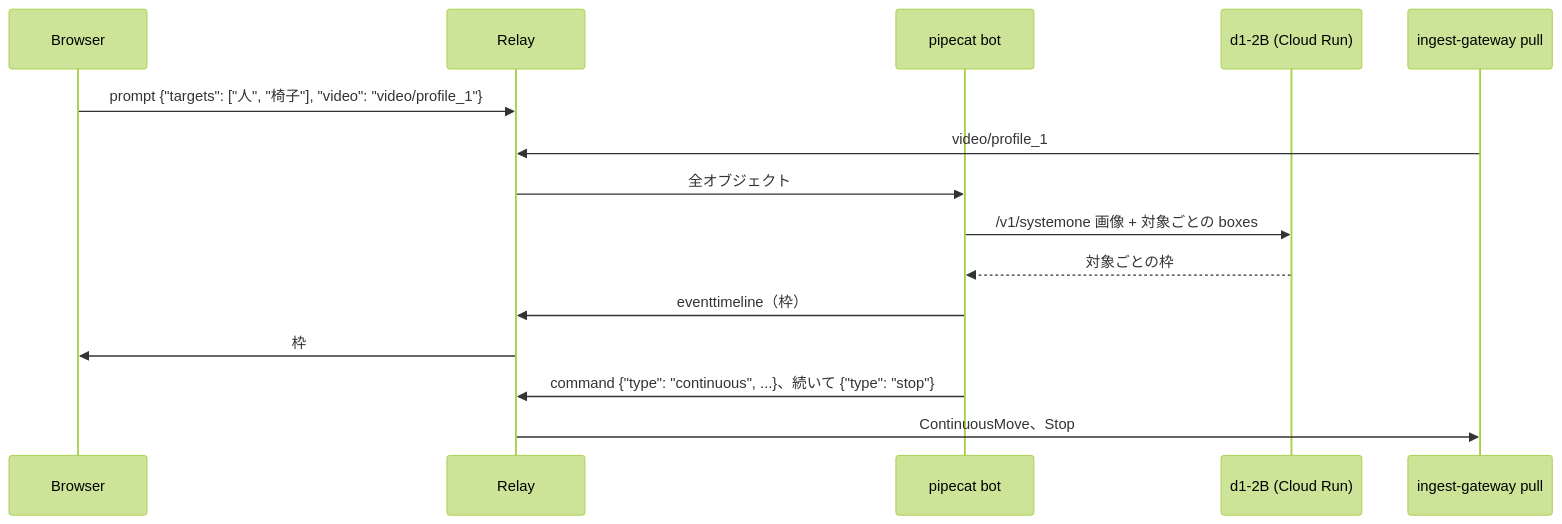
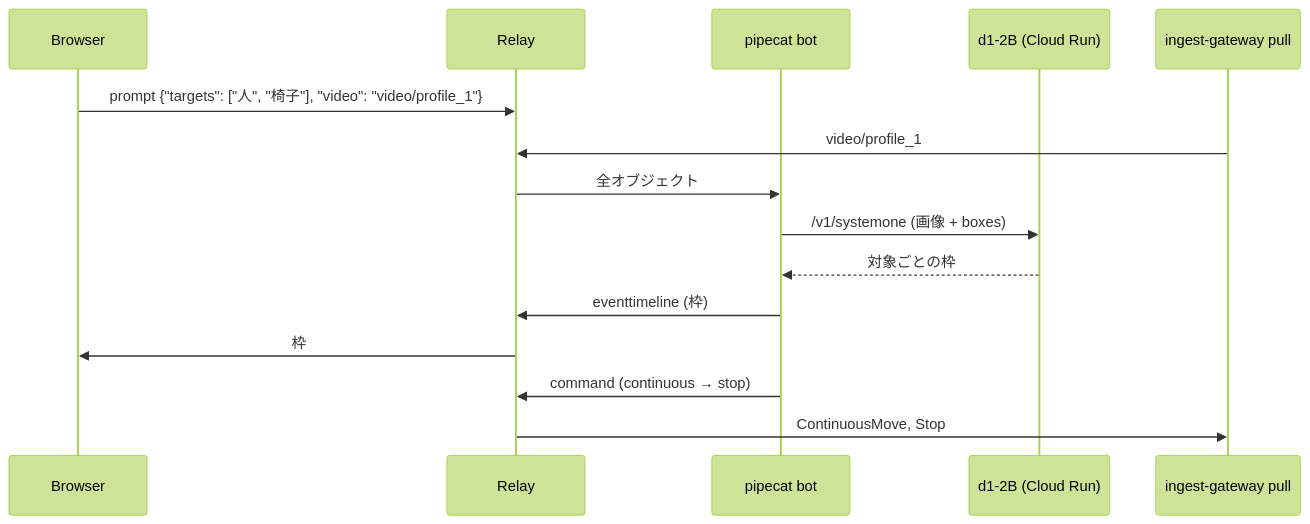
Before and after one commit to nttcom/moq-wasm: the diagram in examples/python/moq-ptz-tracking/README.md, drawn with Mermaid (forest theme). The commit also changed other lines of this file and 57 other files, not shown here.

````diff
--- a/examples/python/moq-ptz-tracking/README.md
+++ b/examples/python/moq-ptz-tracking/README.md
@@ -6,17 +5,17 @@
 ```mermaid
 sequenceDiagram
     participant B as Browser
     participant R as Relay
     participant P as pipecat bot
     participant D as d1-2B (Cloud Run)
     participant O as ingest-gateway pull
     B->>R: prompt {"targets": ["人", "椅子"], "video": "video/profile_1"}
     O->>R: video/profile_1
     R->>P: 全オブジェクト
-    P->>D: /v1/systemone 画像 + 対象ごとの boxes
+    P->>D: /v1/systemone (画像 + boxes)
     D-->>P: 対象ごとの枠
-    P->>R: eventtimeline（枠）
+    P->>R: eventtimeline (枠)
     R->>B: 枠
-    P->>R: command {"type": "continuous", ...}、続いて {"type": "stop"}
-    R->>O: ContinuousMove、Stop
+    P->>R: command (continuous → stop)
+    R->>O: ContinuousMove, Stop
 ```
````
